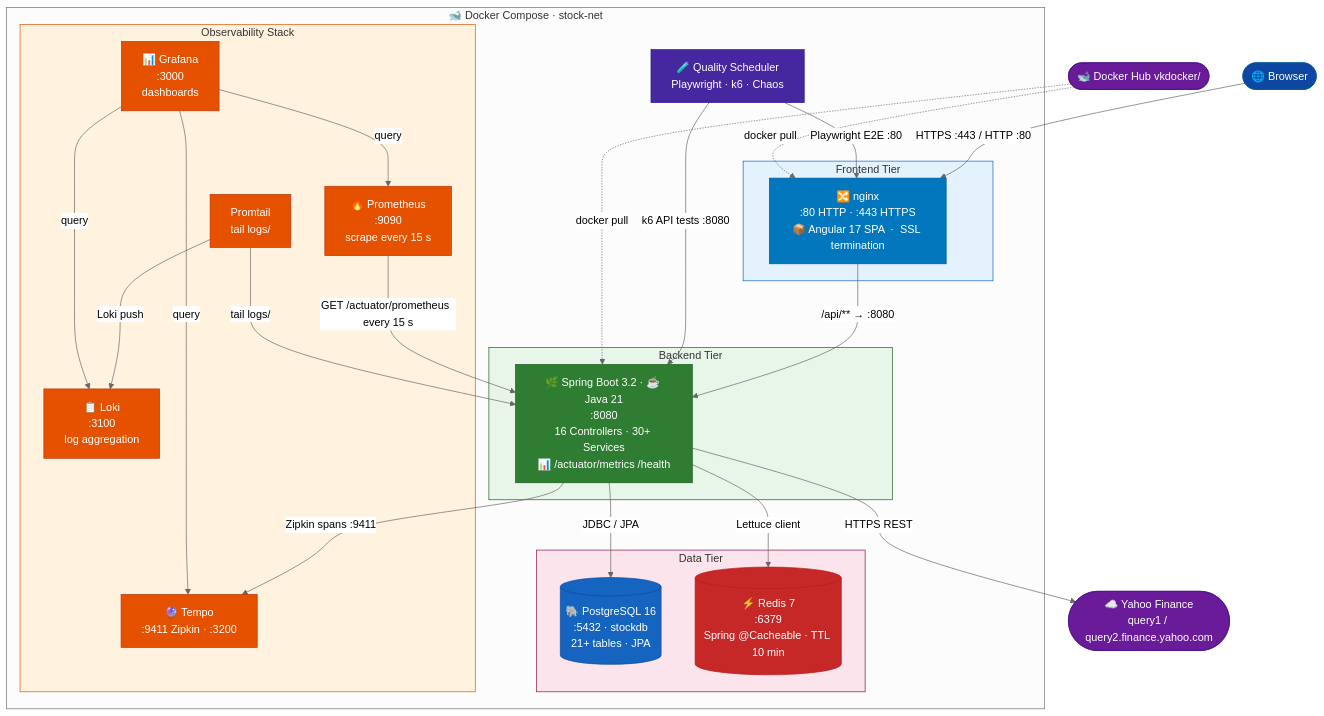
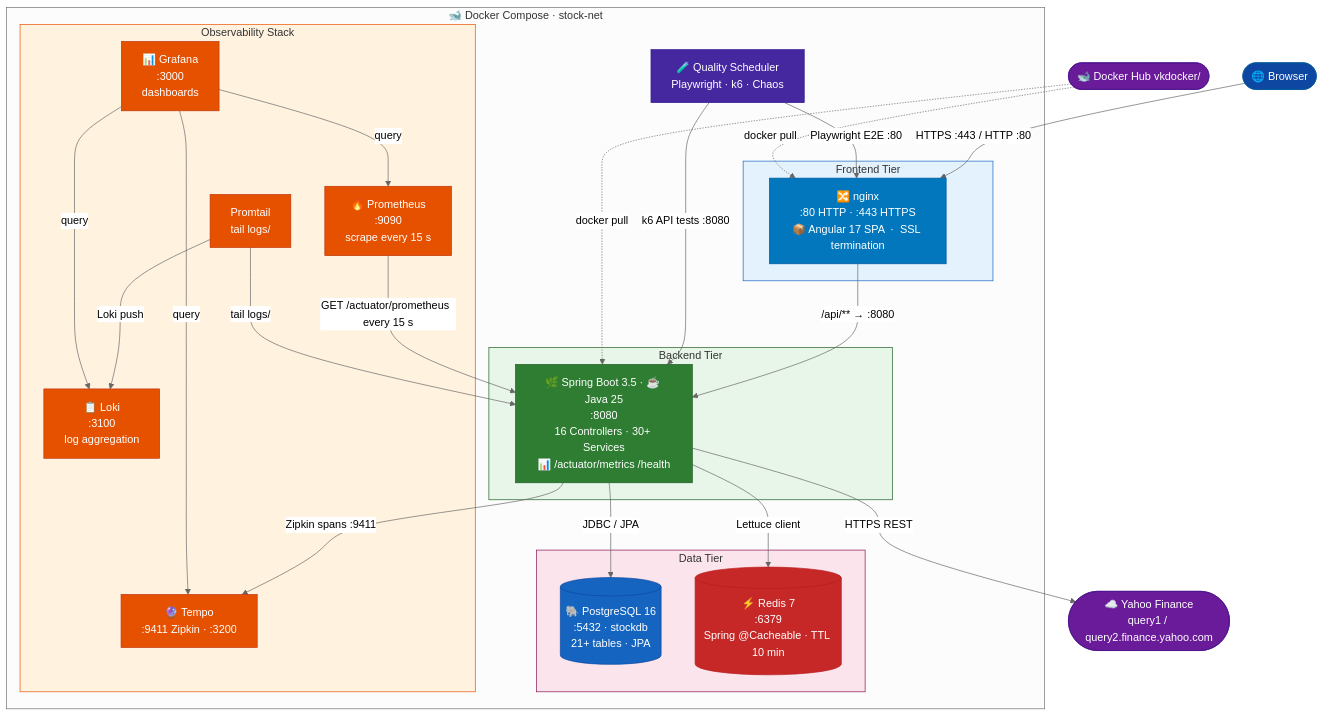
Before and after one commit to vkhera/tradewebapp: the first of 9 diagrams in ARCHITECTURE.md, drawn with Mermaid (neutral theme). The commit also changed 32 other files, not shown here.

````diff
--- a/ARCHITECTURE.md
+++ b/ARCHITECTURE.md
@@ -25,62 +25,62 @@
 ```mermaid
 graph TB
     classDef browser fill:#0D47A1,stroke:#01579B,color:#fff
     classDef frontend fill:#0277BD,stroke:#01579B,color:#fff
     classDef backend fill:#2E7D32,stroke:#1B5E20,color:#fff
     classDef database fill:#1565C0,stroke:#0D47A1,color:#fff
     classDef cache fill:#C62828,stroke:#B71C1C,color:#fff
     classDef external fill:#6A1B9A,stroke:#4A148C,color:#fff
     classDef observability fill:#E65100,stroke:#BF360C,color:#fff
     classDef quality fill:#4527A0,stroke:#311B92,color:#fff
 
     Browser(["🌐 Browser"]):::browser
     YF(["☁️ Yahoo Finance\nquery1 / query2.finance.yahoo.com"]):::external
     DH(["🐋 Docker Hub  vkdocker/"]):::external
 
     subgraph DockerCompose["🐋 Docker Compose · stock-net"]
         subgraph FETier["Frontend Tier"]
             NGINX["🔀 nginx\n:80 HTTP · :443 HTTPS\n📦 Angular 17 SPA  ·  SSL termination"]:::frontend
         end
 
         subgraph BETier["Backend Tier"]
-            SB["🌿 Spring Boot 3.2 · ☕ Java 21\n:8080\n16 Controllers · 30+ Services\n📊 /actuator/metrics /health"]:::backend
+            SB["🌿 Spring Boot 3.5 · ☕ Java 25\n:8080\n16 Controllers · 30+ Services\n📊 /actuator/metrics /health"]:::backend
         end
 
         subgraph DataTier["Data Tier"]
             PG[("🐘 PostgreSQL 16\n:5432 · stockdb\n21+ tables · JPA")]:::database
             RD[("⚡ Redis 7\n:6379\nSpring @Cacheable · TTL 10 min")]:::cache
         end
 
         subgraph ObsTier["Observability Stack"]
             PROM["🔥 Prometheus\n:9090\nscrape every 15 s"]:::observability
             LOKI["📋 Loki\n:3100\nlog aggregation"]:::observability
             PT["Promtail\ntail logs/"]:::observability
             TEMPO["🔮 Tempo\n:9411 Zipkin · :3200"]:::observability
             GRAF["📊 Grafana\n:3000\ndashboards"]:::observability
         end
 
         QS["🧪 Quality Scheduler\nPlaywright · k6 · Chaos"]:::quality
     end
 
     Browser -->|"HTTPS :443 / HTTP :80"| NGINX
     NGINX -->|"/api/** → :8080"| SB
     SB -->|"JDBC / JPA"| PG
     SB -->|"Lettuce client"| RD
     SB -->|"HTTPS REST"| YF
     PROM -->|"GET /actuator/prometheus  every 15 s"| SB
     PT -->|"tail logs/"| SB
     PT -->|"Loki push"| LOKI
     SB -->|"Zipkin spans :9411"| TEMPO
     GRAF -->|query| PROM
     GRAF -->|query| LOKI
     GRAF -->|query| TEMPO
     QS -->|"Playwright E2E :80"| NGINX
     QS -->|"k6 API tests :8080"| SB
     DH -.->|"docker pull"| SB
     DH -.->|"docker pull"| NGINX
 
     style FETier fill:#E3F2FD,stroke:#1565C0
     style BETier fill:#E8F5E9,stroke:#1B5E20
     style DataTier fill:#FCE4EC,stroke:#880E4F
     style ObsTier fill:#FFF3E0,stroke:#E65100
 ```
````
